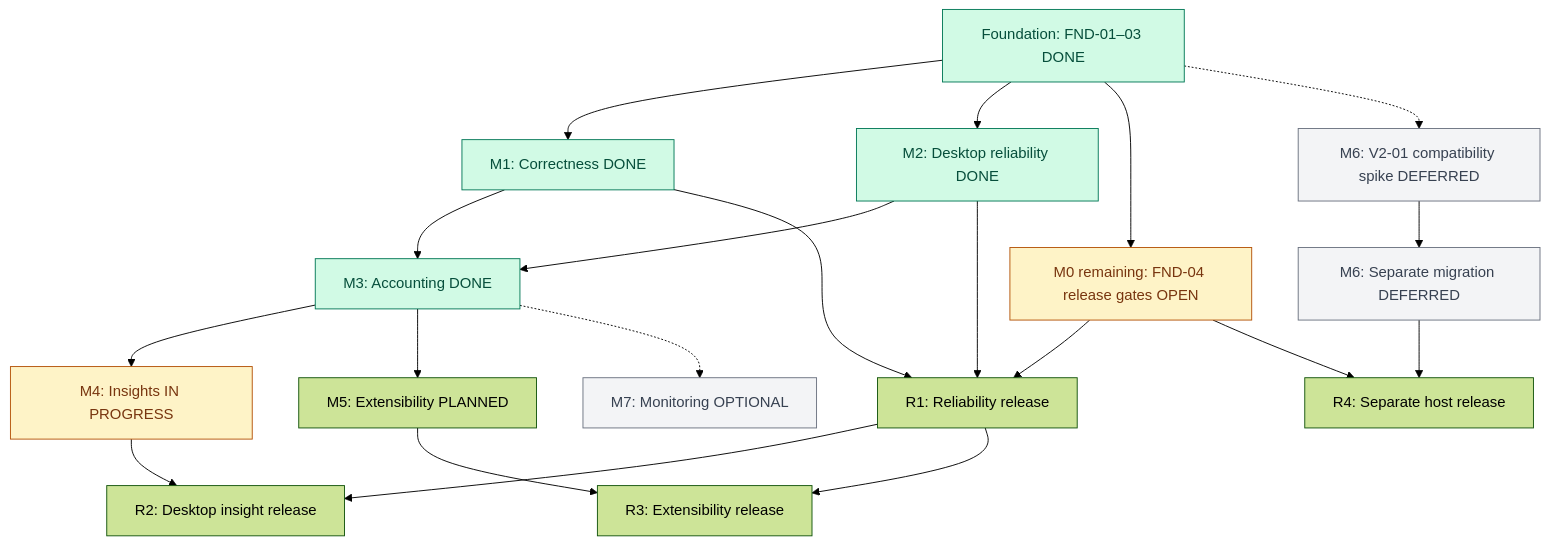
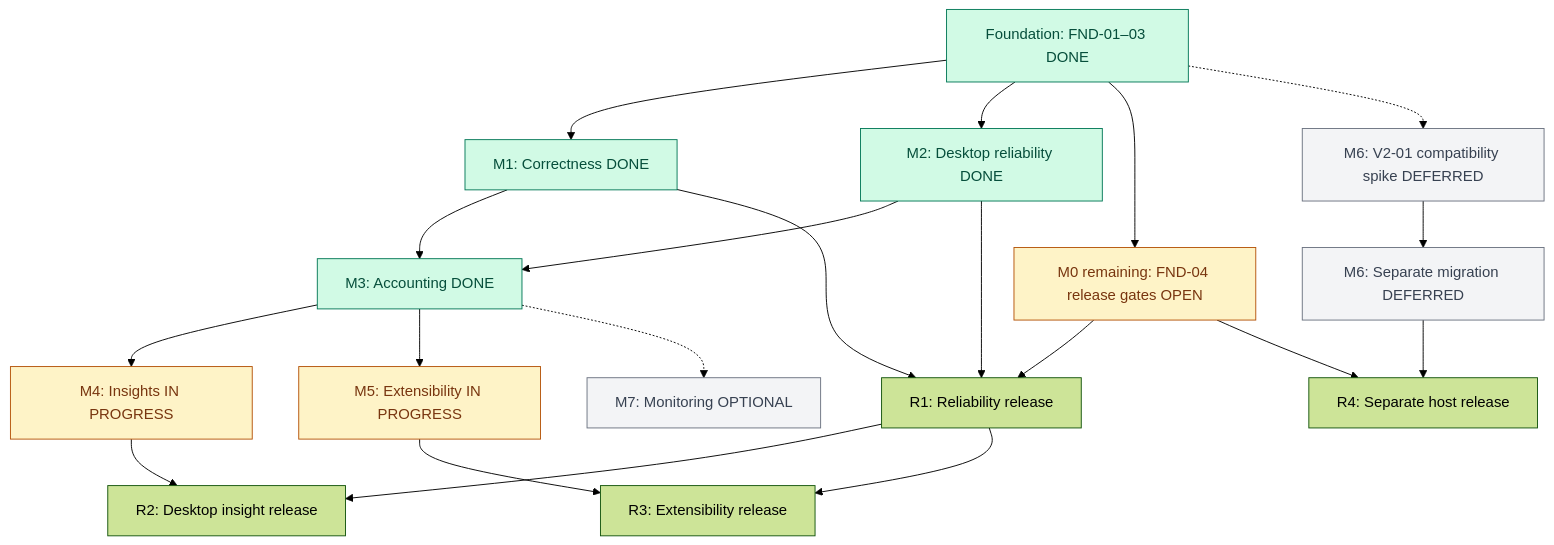
One commit to slkiser/opencode-quota changed the first of 2 diagrams in docs/UPSTREAM_DELIVERY_PLAN.md. Above: the diagram before and after it, drawn with Mermaid (forest theme). The commit also changed other lines of this file and 15 other files, not shown here.

````diff
--- a/docs/UPSTREAM_DELIVERY_PLAN.md
+++ b/docs/UPSTREAM_DELIVERY_PLAN.md
@@ -147,28 +147,28 @@
 ```mermaid
 flowchart TD
   FND["Foundation: FND-01–03 DONE"] --> M1["M1: Correctness DONE"]
   FND --> M2["M2: Desktop reliability DONE"]
   FND --> PUB["M0 remaining: FND-04 release gates OPEN"]
   M1 --> M3["M3: Accounting DONE"]
   M2 --> M3
   M3 --> M4["M4: Insights IN PROGRESS"]
-  M3 --> M5["M5: Extensibility PLANNED"]
+  M3 --> M5["M5: Extensibility IN PROGRESS"]
   M3 -.-> M7["M7: Monitoring OPTIONAL"]
   FND -.-> SPIKE["M6: V2-01 compatibility spike DEFERRED"]
   SPIKE --> V2["M6: Separate migration DEFERRED"]
   M1 --> R1["R1: Reliability release"]
   M2 --> R1
   PUB --> R1
   M4 --> R2["R2: Desktop insight release"]
   R1 --> R2
   M5 --> R3["R3: Extensibility release"]
   R1 --> R3
   V2 --> R4["R4: Separate host release"]
   PUB --> R4
   classDef done fill:#d1fae5,stroke:#047857,color:#064e3b;
   classDef active fill:#fef3c7,stroke:#b45309,color:#78350f;
   classDef optional fill:#f3f4f6,stroke:#6b7280,color:#374151;
   class FND,M1,M2,M3 done;
-  class M4,PUB active;
+  class M4,M5,PUB active;
   class M7,SPIKE,V2 optional;
 ```
````
